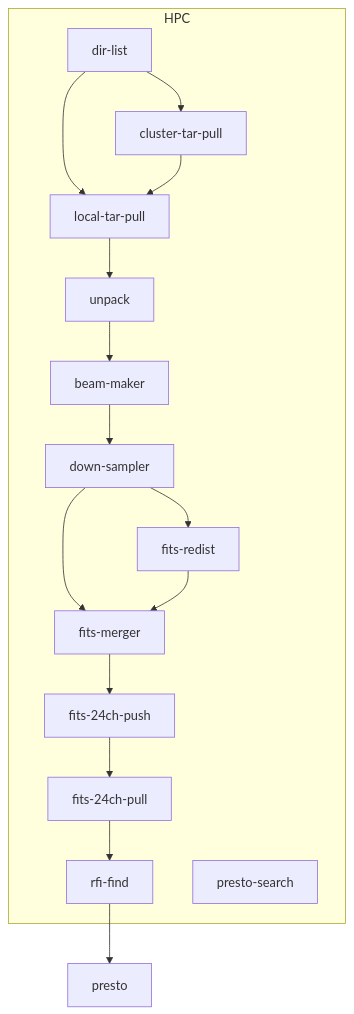
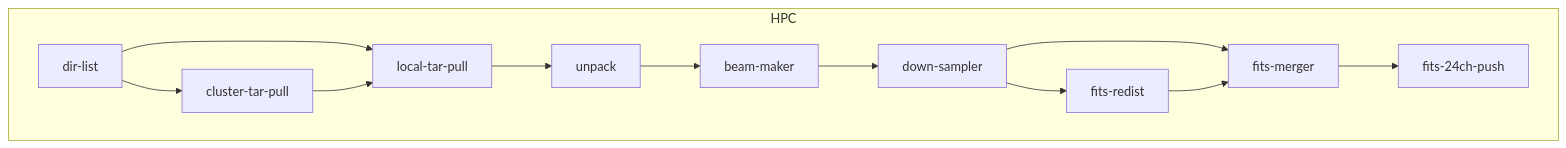
Before and after one commit to kaichao/app-mwa: the fourth of 5 diagrams in README.md, drawn with Mermaid. The commit also changed other lines of this file and 2 other files, not shown here.

````diff
--- a/README.md
+++ b/README.md
@@ -255,32 +223,26 @@
 ```mermaid
 
 flowchart TD
   dir-list --> cluster-tar-pull
   dir-list --> local-tar-pull
   cluster-tar-pull --> local-tar-pull
   local-tar-pull --> unpack
   unpack --> beam-maker
   beam-maker --> down-sampler
   down-sampler --> fits-redist
   down-sampler --> fits-merger
   fits-redist --> fits-merger
   fits-merger --> fits-24ch-push
-  fits-24ch-push --> fits-24ch-pull
-  fits-24ch-pull --> rfi-find
-  rfi-find --> presto
   subgraph HPC
     dir-list
     cluster-tar-pull
     local-tar-pull
     unpack
     beam-maker
     down-sampler
     fits-redist
     fits-merger
     fits-24ch-push
-    fits-24ch-pull
-    rfi-find
-    presto-search
   end
 
 ```
````
